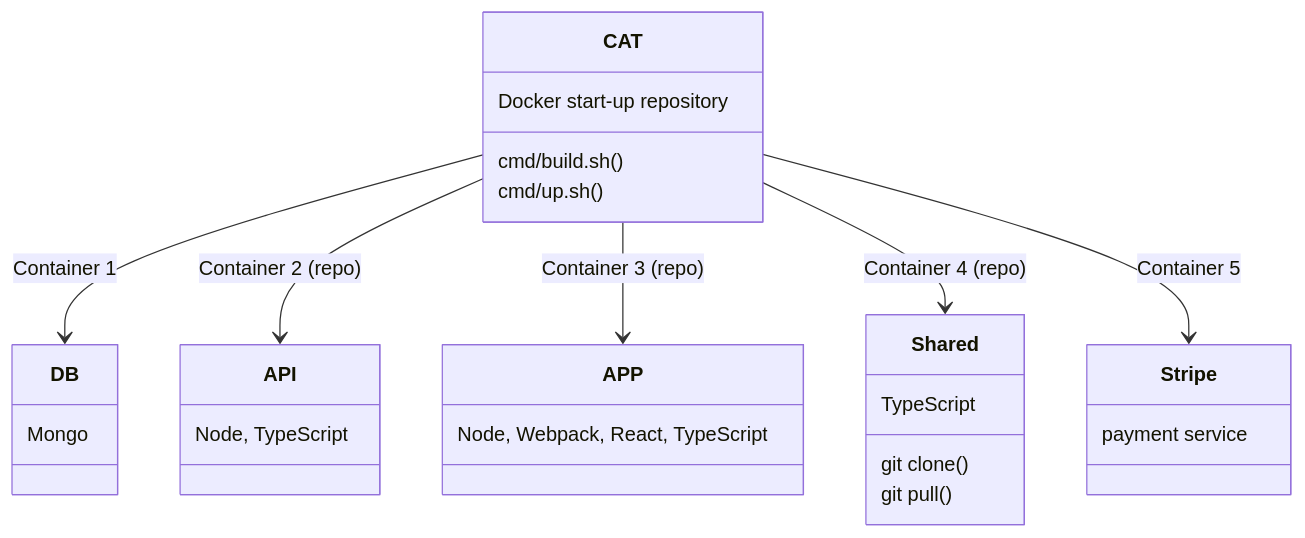
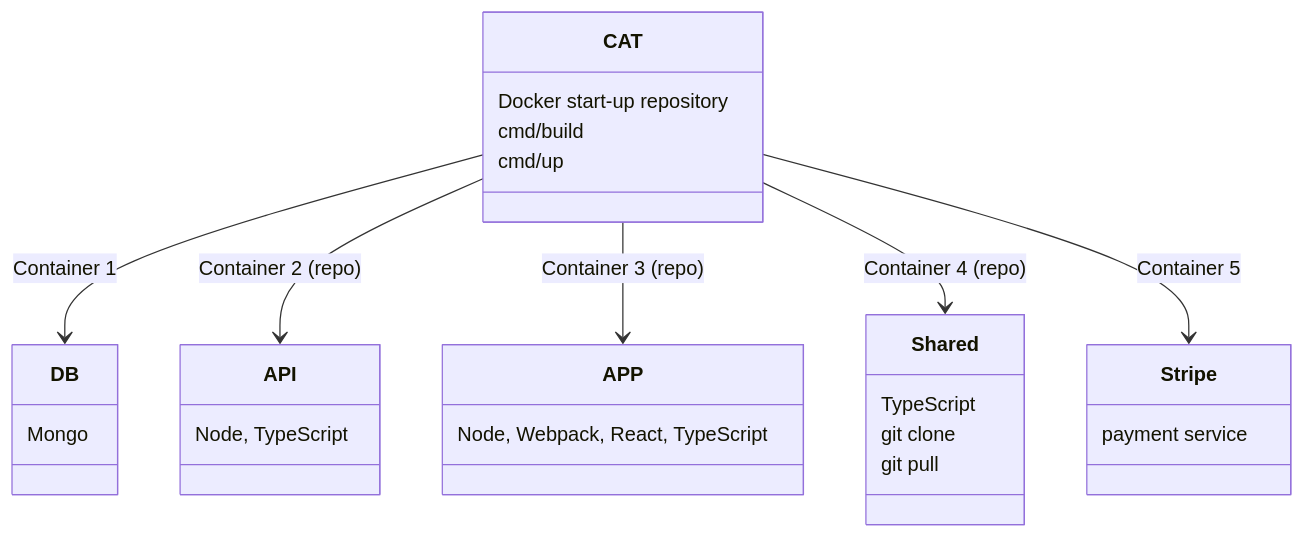
One commit to Karmello/cat-start changed the diagram in README.md. Above: the diagram before and after it, drawn with Mermaid.

````diff
--- a/README.md
+++ b/README.md
@@ -8,18 +8,18 @@
 ```mermaid
 classDiagram
 CAT : Docker start-up repository
-CAT: cmd/build.sh()
-CAT: cmd/up.sh()
+CAT: cmd/build
+CAT: cmd/up
 DB: Mongo
 API: Node, TypeScript
 APP: Node, Webpack, React, TypeScript
 Shared: TypeScript
-Shared: git clone()
-Shared: git pull()
+Shared: git clone
+Shared: git pull
 Stripe: payment service
 CAT --> DB : Container 1
 CAT --> API : Container 2 (repo)
 CAT --> APP : Container 3 (repo)
 CAT --> Shared : Container 4 (repo)
 CAT --> Stripe : Container 5
 ```
````
